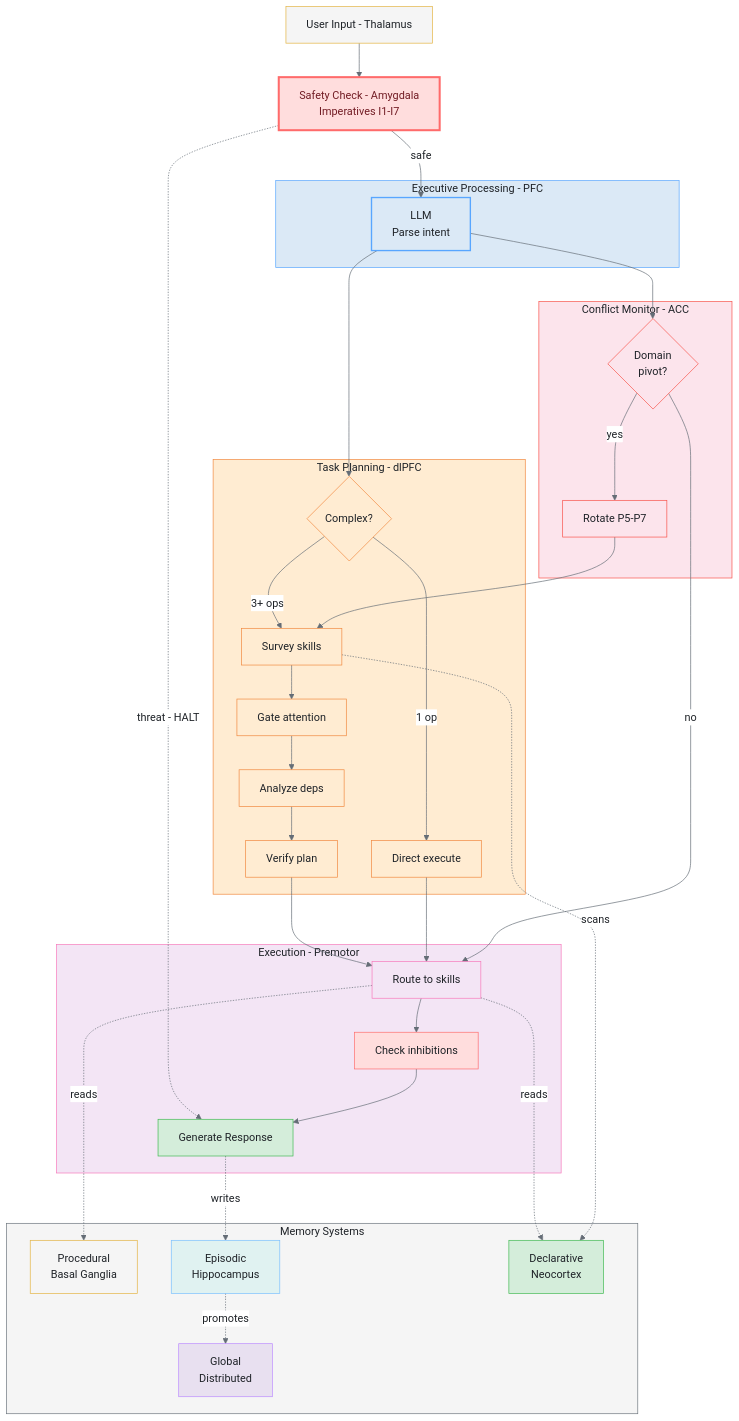
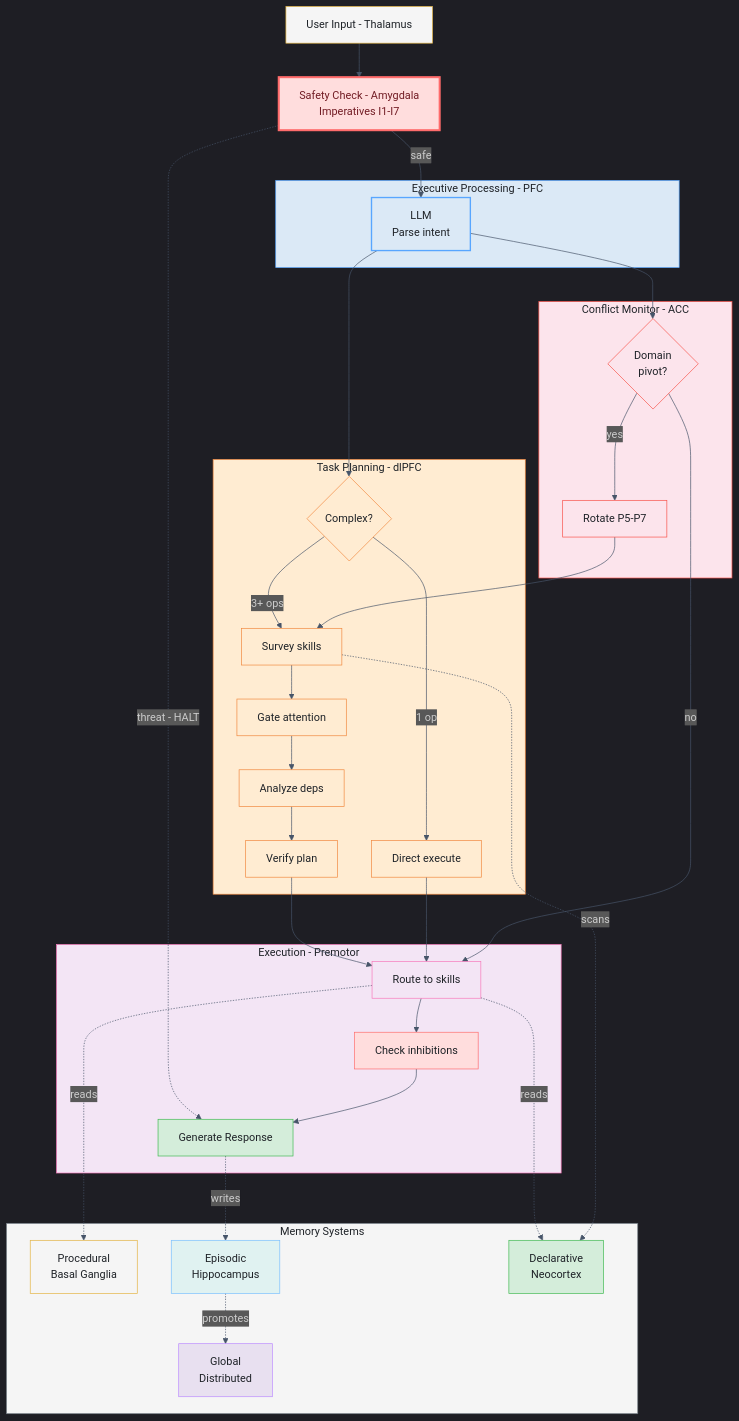
One commit to fabioc-aloha/Alex_Plug_In changed the second of 3 diagrams in alex_docs/architecture/NEUROANATOMICAL-MAPPING.md. Above: the diagram before and after it, drawn with Mermaid. The commit also changed other lines of this file and 13 other files, not shown here.

Commit message:
brand(M4.8-4.10): mermaid theme snippet + inject CorreaX theme into arch diagrams + standardize badge colors

````diff
--- a/alex_docs/architecture/NEUROANATOMICAL-MAPPING.md
+++ b/alex_docs/architecture/NEUROANATOMICAL-MAPPING.md
@@ -422,81 +422,81 @@
 ```mermaid
-%%{init: {'theme': 'base', 'themeVariables': { 'primaryColor': '#f6f8fa', 'primaryTextColor': '#1f2328', 'primaryBorderColor': '#d1d9e0', 'lineColor': '#656d76', 'secondaryColor': '#f6f8fa', 'tertiaryColor': '#ffffff', 'background': '#ffffff', 'mainBkg': '#f6f8fa', 'nodeBorder': '#d1d9e0', 'clusterBkg': '#f6f8fa', 'clusterBorder': '#d1d9e0', 'titleColor': '#1f2328', 'edgeLabelBackground': '#ffffff'}}}%%
+%%{init: {'theme': 'dark', 'themeVariables': {'background': '#0f172a', 'primaryColor': '#1e293b', 'primaryTextColor': '#f1f5f9', 'primaryBorderColor': '#818cf8', 'lineColor': '#475569', 'secondaryColor': '#1e293b', 'secondaryBorderColor': '#2dd4bf', 'tertiaryColor': '#1e293b', 'fontFamily': 'Segoe UI, system-ui, sans-serif'}}}%%
 flowchart TB
     INPUT["User Input - Thalamus"]
     SAFETY["Safety Check - Amygdala<br/>Imperatives I1-I7"]
 
     subgraph EXEC["Executive Processing - PFC"]
         LLM["LLM<br/>Parse intent"]
     end
 
     subgraph PLAN["Task Planning - dlPFC"]
         COMPLEX{"Complex?"}
         SSO_SURVEY["Survey skills"]
         SSO_GATE["Gate attention"]
         SSO_DEPS["Analyze deps"]
         SSO_VERIFY["Verify plan"]
         SIMPLE["Direct execute"]
     end
 
     subgraph MONITOR["Conflict Monitor - ACC"]
         PIVOT{"Domain<br/>pivot?"}
         SLOTS["Rotate P5-P7"]
     end
 
     subgraph EXECUTE["Execution - Premotor"]
         ROUTE["Route to skills"]
         INHIBIT["Check inhibitions"]
         OUTPUT["Generate Response"]
     end
 
     subgraph MEMORY["Memory Systems"]
         PROC["Procedural<br/>Basal Ganglia"]
         EPIS["Episodic<br/>Hippocampus"]
         DECL["Declarative<br/>Neocortex"]
         GLOB["Global<br/>Distributed"]
     end
 
     INPUT --> SAFETY
     SAFETY -->|"safe"| LLM
     SAFETY -.->|"threat - HALT"| OUTPUT
     LLM --> COMPLEX
     COMPLEX -->|"3+ ops"| SSO_SURVEY --> SSO_GATE --> SSO_DEPS --> SSO_VERIFY --> ROUTE
     COMPLEX -->|"1 op"| SIMPLE --> ROUTE
     LLM --> PIVOT
     PIVOT -->|"yes"| SLOTS --> SSO_SURVEY
     PIVOT -->|"no"| ROUTE
     ROUTE --> INHIBIT --> OUTPUT
 
     ROUTE -.->|"reads"| PROC
     ROUTE -.->|"reads"| DECL
     SSO_SURVEY -.->|"scans"| DECL
     OUTPUT -.->|"writes"| EPIS
     EPIS -.->|"promotes"| GLOB
 
     %% Cluster styles - light fills, Alex palette strokes
     style EXEC fill:#dbe9f6,stroke:#58a6ff,color:#1f2328
     style PLAN fill:#ffecd2,stroke:#f0883e,color:#1f2328
     style MONITOR fill:#fce4ec,stroke:#f85149,color:#1f2328
     style EXECUTE fill:#f3e5f5,stroke:#f778ba,color:#1f2328
     style MEMORY fill:#f5f5f5,stroke:#6c757d,color:#1f2328
 
     %% Node fills matching parent clusters
     style INPUT fill:#f5f5f5,stroke:#e3b341,color:#1f2328
     style LLM fill:#dbe9f6,stroke:#58a6ff,color:#1f2328,stroke-width:2px
     style SAFETY fill:#fdd,stroke:#ff6b6b,color:#721c24,stroke-width:3px
     style COMPLEX fill:#ffecd2,stroke:#f0883e,color:#1f2328
     style SSO_SURVEY fill:#ffecd2,stroke:#f0883e,color:#1f2328
     style SSO_GATE fill:#ffecd2,stroke:#f0883e,color:#1f2328
     style SSO_DEPS fill:#ffecd2,stroke:#f0883e,color:#1f2328
     style SSO_VERIFY fill:#ffecd2,stroke:#f0883e,color:#1f2328
     style SIMPLE fill:#ffecd2,stroke:#f0883e,color:#1f2328
     style PIVOT fill:#fce4ec,stroke:#f85149,color:#1f2328
     style SLOTS fill:#fce4ec,stroke:#f85149,color:#1f2328
     style ROUTE fill:#f3e5f5,stroke:#f778ba,color:#1f2328
     style INHIBIT fill:#fdd,stroke:#ff6b6b,color:#1f2328
     style OUTPUT fill:#d4edda,stroke:#3fb950,color:#1f2328
     style PROC fill:#f5f5f5,stroke:#e3b341,color:#1f2328
     style EPIS fill:#e0f2f1,stroke:#79c0ff,color:#1f2328
     style DECL fill:#d4edda,stroke:#3fb950,color:#1f2328
     style GLOB fill:#e8e0f0,stroke:#bc8cff,color:#1f2328
 ```
````
